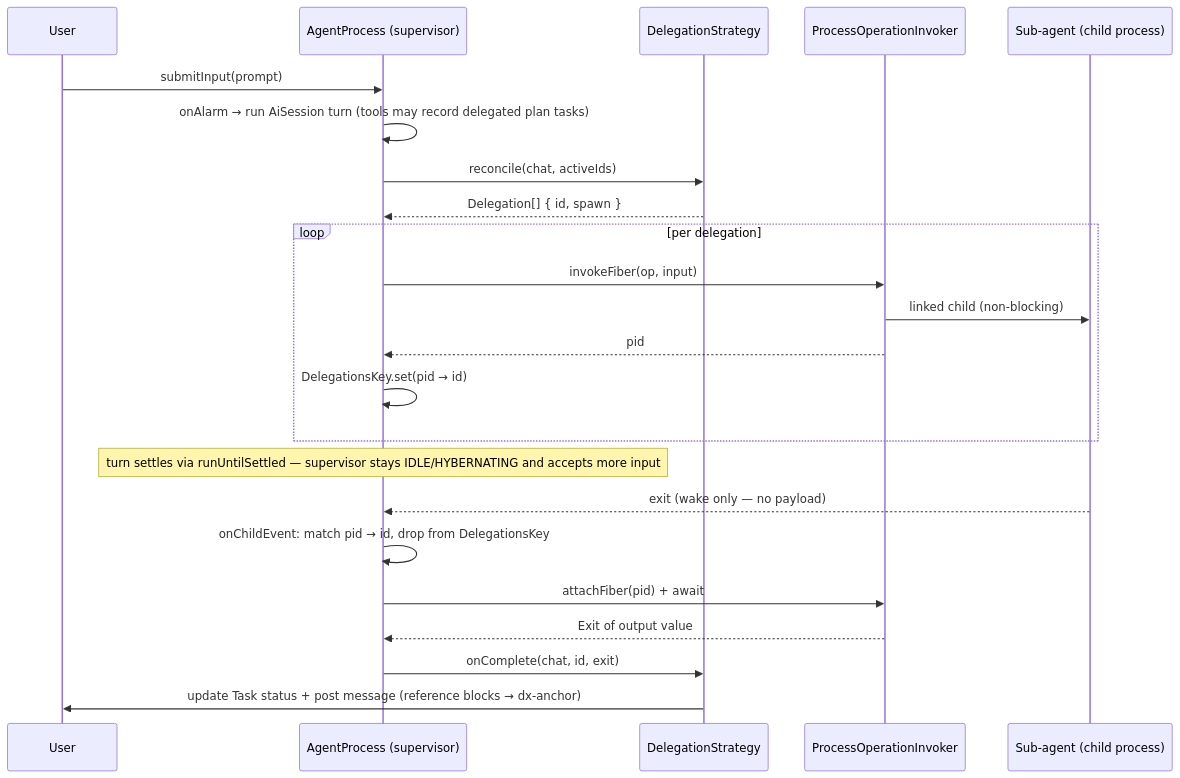
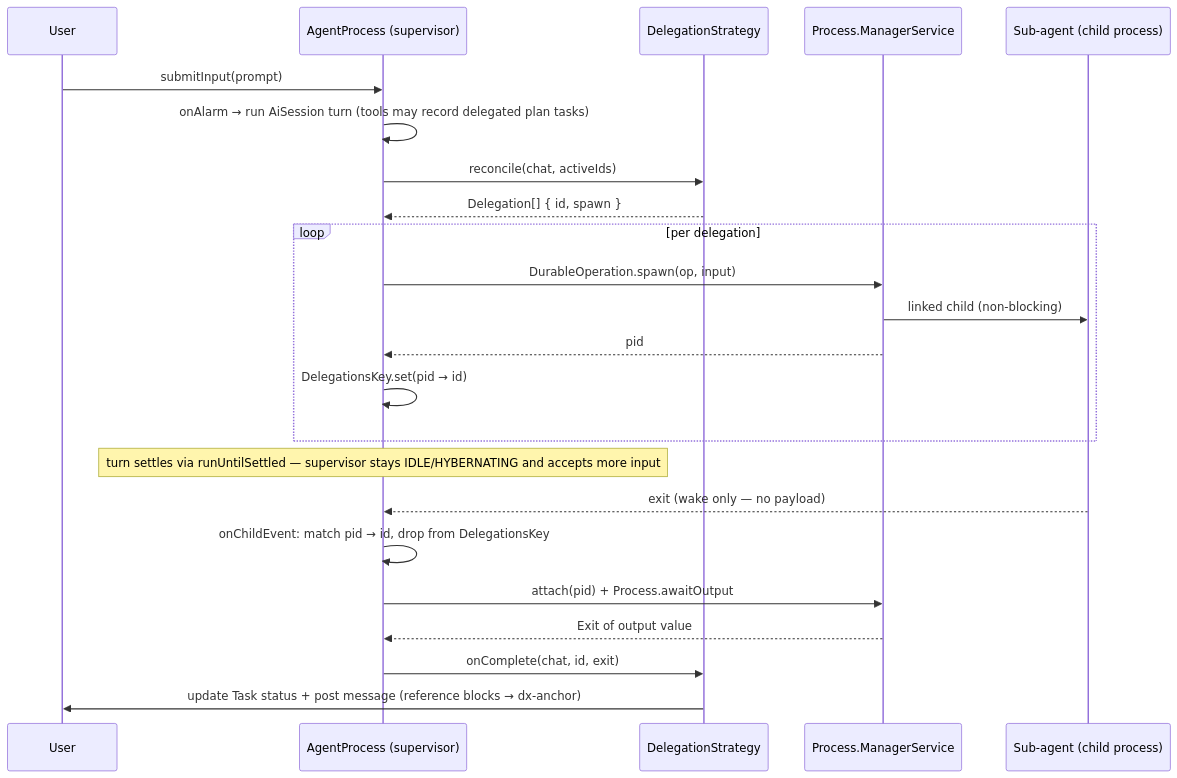
The second of 2 diagrams in packages/core/compute/agent-runtime/src/agent-service/README.md (dxos/dxos), drawn with Mermaid before and after one commit. The commit also changed other lines of this file and 33 other files, not shown here.

First line of the commit message:
compute: move the process invoker into Operation; drop invokeFiber for Process.Manager

````diff
--- a/packages/core/compute/agent-runtime/src/agent-service/README.md
+++ b/packages/core/compute/agent-runtime/src/agent-service/README.md
@@ -57,27 +57,27 @@
 ```mermaid
 sequenceDiagram
   participant U as User
   participant AP as AgentProcess (supervisor)
   participant ST as DelegationStrategy
-  participant POI as ProcessOperationInvoker
+  participant POI as Process.ManagerService
   participant CH as Sub-agent (child process)
 
   U->>AP: submitInput(prompt)
   AP->>AP: onAlarm → run AiSession turn (tools may record delegated plan tasks)
   AP->>ST: reconcile(chat, activeIds)
   ST-->>AP: Delegation[] { id, spawn }
   loop per delegation
-    AP->>POI: invokeFiber(op, input)
+    AP->>POI: DurableOperation.spawn(op, input)
     POI->>CH: linked child (non-blocking)
     POI-->>AP: pid
     AP->>AP: DelegationsKey.set(pid → id)
   end
   Note over AP: turn settles via runUntilSettled — supervisor stays IDLE/HYBERNATING and accepts more input
 
   CH-->>AP: exit (wake only — no payload)
   AP->>AP: onChildEvent: match pid → id, drop from DelegationsKey
-  AP->>POI: attachFiber(pid) + await
+  AP->>POI: attach(pid) + Process.awaitOutput
   POI-->>AP: Exit of output value
   AP->>ST: onComplete(chat, id, exit)
   ST->>U: update Task status + post message (reference blocks → dx-anchor)
 ```
````
